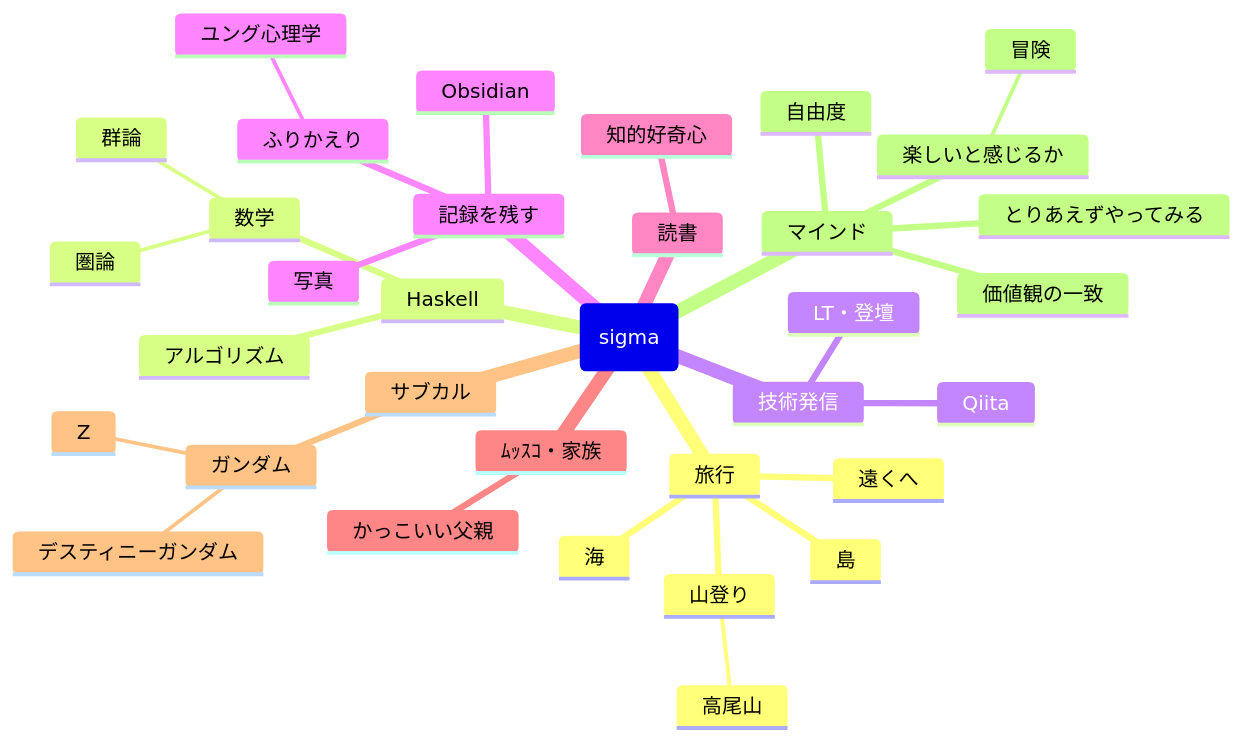
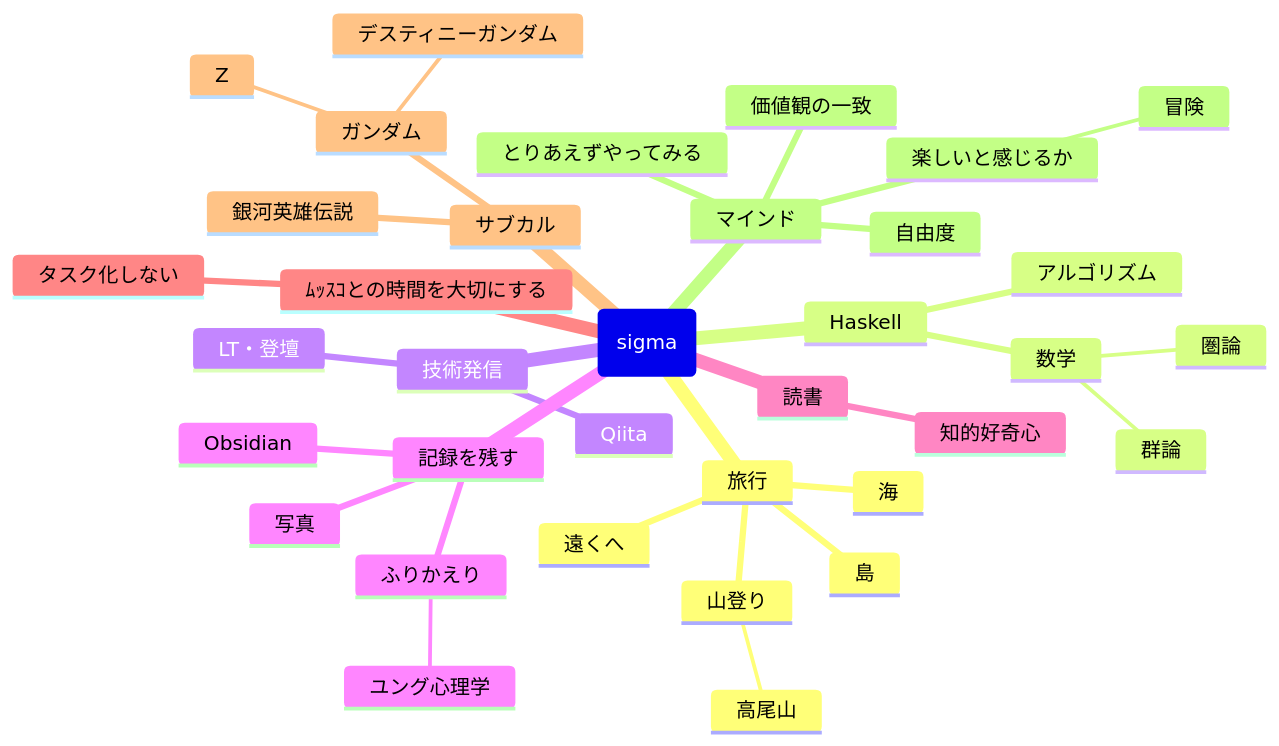
Before and after one commit to RyosukeDTomita/myblog: the diagram in posts/my_interests.md, drawn with Mermaid. The commit also changed other lines of this file and 3 other files, not shown here.

````diff
--- a/posts/my_interests.md
+++ b/posts/my_interests.md
@@ -12,37 +12,38 @@
 ```mermaid
 mindmap
 root(sigma)
   旅行
     海
     島
     遠くへ
     山登り
       高尾山
   Haskell
     数学
       圏論
       群論
     アルゴリズム
   技術発信
     Qiita
     LT・登壇
   記録を残す
     ふりかえり
       ユング心理学
     Obsidian
     写真
   読書
     知的好奇心
-  ﾑｯｽｺ・家族
-    かっこいい父親
+  ﾑｯｽｺとの時間を大切にする
+    タスク化しない
   サブカル
     ガンダム
       デスティニーガンダム
       Z
+    銀河英雄伝説
   マインド
     とりあえずやってみる
     楽しいと感じるか
       冒険
     価値観の一致
     自由度
 ```
````
